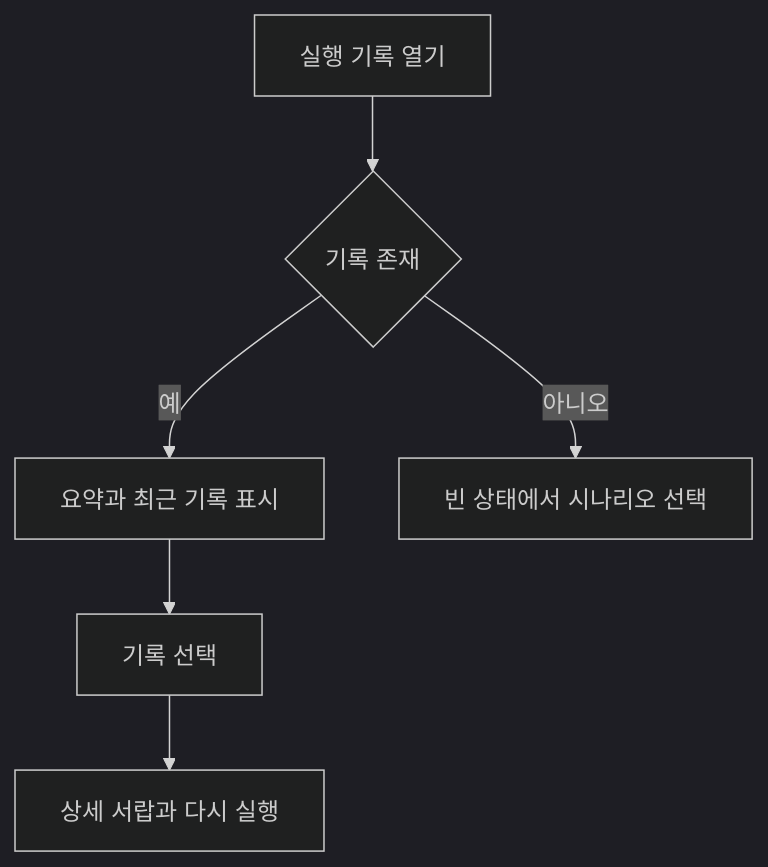
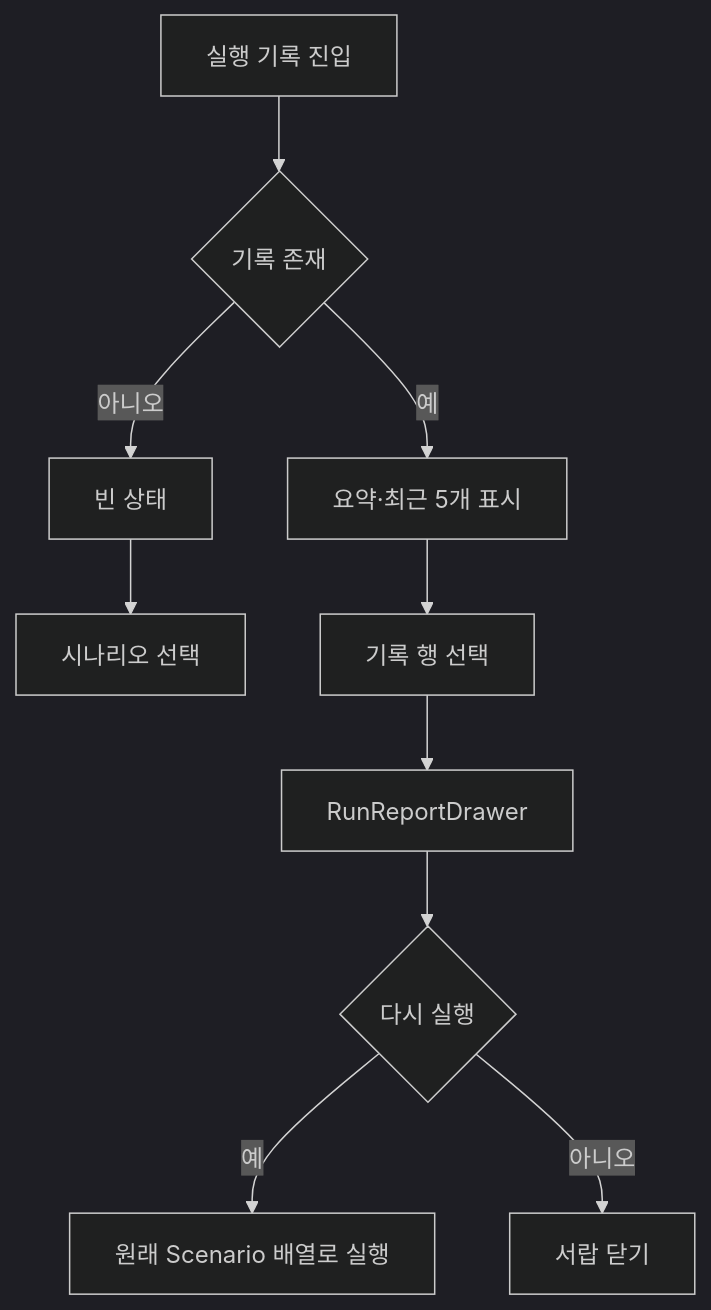
Before and after one commit to ph-1dnjs/checkly: the diagram in docs/04-pages/010-dashboard/02-userflow.md, drawn with Mermaid (dark theme). The commit also changed other lines of this file and 35 other files, not shown here.

Commit message:
docs: 시나리오 실행 및 설정 관련 문서 구조 개선 - IPC 변경사항과 명령어·이벤트 구조를 반영하여 API 연동 문서 수정 - 시나리오 실행 및 설정 관련 예외 케이스 문서 보완 - 설정 기능의 개요 및 사용자 플로우 문서 추가 - 여러 영역의 README 구조와 가독성 개선 - 함수 및 컴포넌트의 역할과 데이터 흐름이 명확하도록 문서 정리 - 배포 절차를 구체화하고 미검증 프로세스에 대한 주의사항 추가

````diff
--- a/docs/04-pages/010-dashboard/02-userflow.md
+++ b/docs/04-pages/010-dashboard/02-userflow.md
@@ -3,8 +3,12 @@
 ```mermaid
 flowchart TD
-  A[실행 기록 열기] --> B{기록 존재}
-  B -->|예| C[요약과 최근 기록 표시]
-  C --> D[기록 선택]
-  D --> E[상세 서랍과 다시 실행]
-  B -->|아니오| F[빈 상태에서 시나리오 선택]
+  A[실행 기록 진입] --> B{기록 존재}
+  B -->|아니오| C[빈 상태]
+  C --> D[시나리오 선택]
+  B -->|예| E[요약·최근 5개 표시]
+  E --> F[기록 행 선택]
+  F --> G[RunReportDrawer]
+  G --> H{다시 실행}
+  H -->|예| I[원래 Scenario 배열로 실행]
+  H -->|아니오| J[서랍 닫기]
 ```
````
